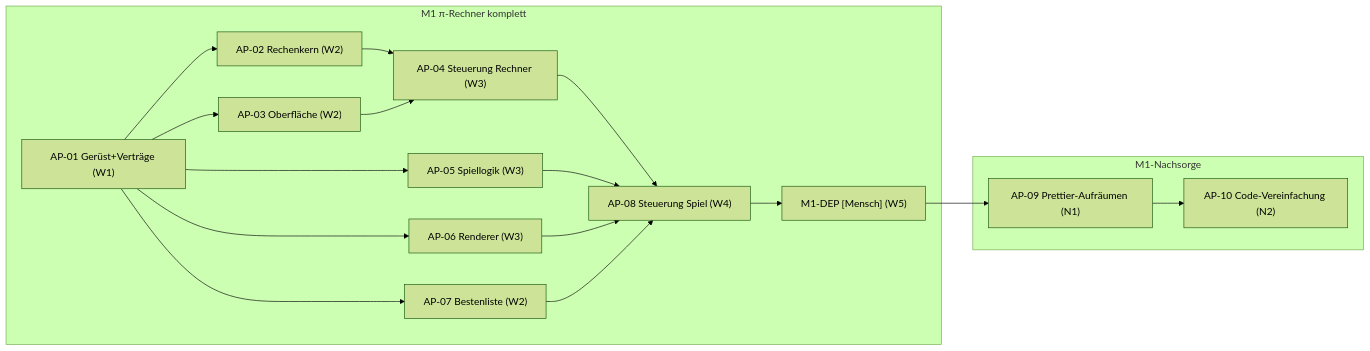
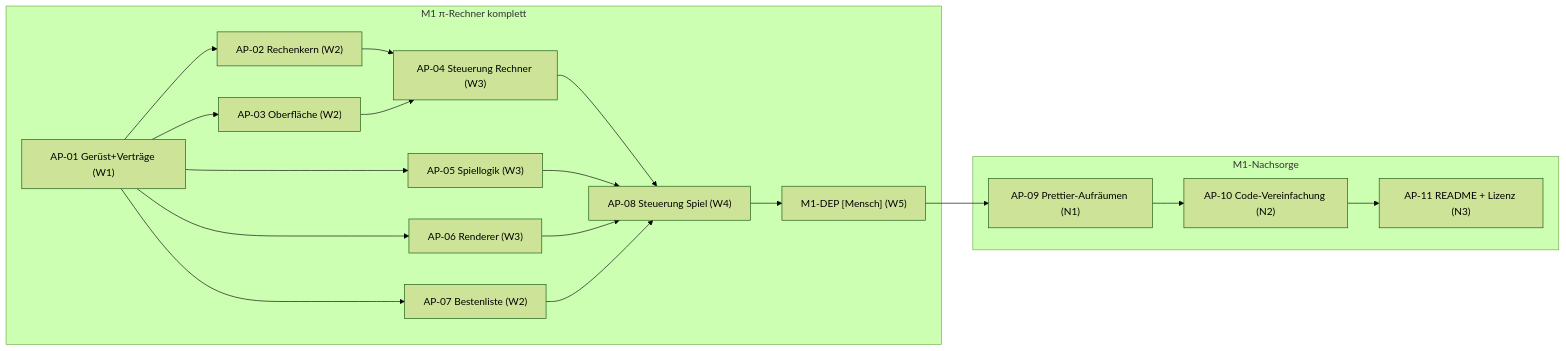
Before and after one commit to CemDCoding/flappyPiCalculator: the third of 3 diagrams in docs/masterBuildPlan.md, drawn with Mermaid (forest theme). The commit also changed other lines of this file, not shown here.

````diff
--- a/docs/masterBuildPlan.md
+++ b/docs/masterBuildPlan.md
@@ -425,21 +428,22 @@
 ```mermaid
 flowchart LR
   subgraph M1["M1 π-Rechner komplett"]
     AP01["AP-01 Gerüst+Verträge (W1)"] --> AP02["AP-02 Rechenkern (W2)"]
     AP01 --> AP03["AP-03 Oberfläche (W2)"]
     AP01 --> AP07["AP-07 Bestenliste (W2)"]
     AP01 --> AP05["AP-05 Spiellogik (W3)"]
     AP01 --> AP06["AP-06 Renderer (W3)"]
     AP02 --> AP04["AP-04 Steuerung Rechner (W3)"]
     AP03 --> AP04
     AP04 --> AP08["AP-08 Steuerung Spiel (W4)"]
     AP05 --> AP08
     AP06 --> AP08
     AP07 --> AP08
     AP08 --> M1DEP["M1-DEP [Mensch] (W5)"]
   end
   subgraph NS["M1-Nachsorge"]
     AP09["AP-09 Prettier-Aufräumen (N1)"] --> AP10["AP-10 Code-Vereinfachung (N2)"]
+    AP10 --> AP11["AP-11 README + Lizenz (N3)"]
   end
   M1DEP --> AP09
 ```
````
